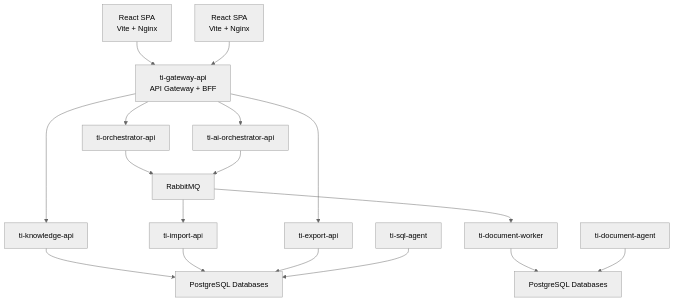
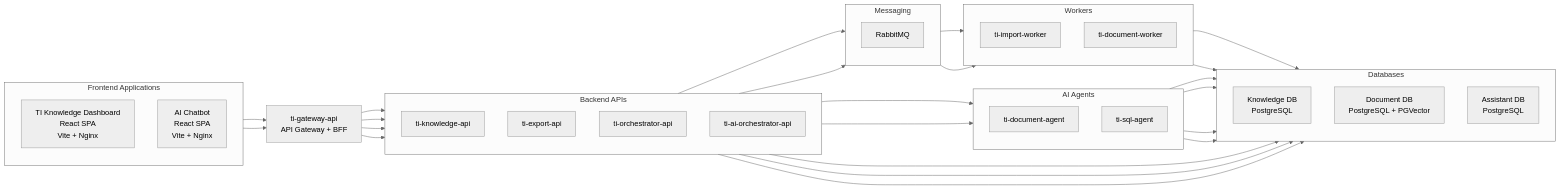
The first of 2 diagrams in README.md (MarinaPimenova/ti-gateway-api), drawn with Mermaid (neutral theme) before and after one commit. The commit also changed other lines of this file and 1 other file, not shown here.

Commit message:
TI-14: AI Configuration, dependencies alignment

`````diff
--- a/README.md
+++ b/README.md
@@ -51,53 +50,72 @@
 ```mermaid
-flowchart TD
+flowchart LR
 
-    UI["React SPA<br/>Vite + Nginx"]
+    subgraph Frontends["Frontend Applications"]
+        direction TB
+        UI["TI Knowledge Dashboard<br/>React SPA<br/>Vite + Nginx"]
+        AI_Chatbot_UI["AI Chatbot<br/>React SPA<br/>Vite + Nginx"]
+    end
 
-    AI_Chatbot_UI["React SPA<br/>Vite + Nginx"]
-    
     Gateway["ti-gateway-api<br/>API Gateway + BFF"]
 
-    Knowledge["ti-knowledge-api"]
+    subgraph APIs["Backend APIs"]
+        direction TB
+        Knowledge["ti-knowledge-api"]
+        Export["ti-export-api"]
+        Orchestrator["ti-orchestrator-api"]
+        AI_Orchestrator["ti-ai-orchestrator-api"]
+    end
 
-    Export["ti-export-api"]
-    
-    Orchestrator["ti-orchestrator-api"]
+    subgraph Messaging["Messaging"]
+        direction TB
+        Rabbit["RabbitMQ"]
+    end
 
-    Import["ti-import-api"]
+    subgraph Agents["AI Agents"]
+        direction TB
+        Document_Agent["ti-document-agent"]
+        SQL_Agent["ti-sql-agent"]
+    end
 
-    AI_Orchestrator["ti-ai-orchestrator-api"]
+    subgraph Workers["Workers"]
+        direction TB
+        Import["ti-import-worker"]
+        Document_Worker["ti-document-worker"]
+    end
 
-    Document_Worker["ti-document-worker"]
+    subgraph Databases["Databases"]
+        direction TB
+        Knowledge_DB["Knowledge DB<br/>PostgreSQL"]
+        Document_DB["Document DB<br/>PostgreSQL + PGVector"]
+        Assistant_DB["Assistant DB<br/>PostgreSQL"]
+    end
 
-    Document_Agent["ti-document-agent"]
-
-    SQL_Agent["ti-sql-agent"]  
-    
-    Rabbit["RabbitMQ"]
-
-    Knowledge_DB["PostgreSQL Databases"]
-
-    Document_DB["PostgreSQL Databases"]
-    
     UI --> Gateway
     AI_Chatbot_UI --> Gateway
-    
+
     Gateway --> Knowledge
     Gateway --> Export
     Gateway --> Orchestrator
     Gateway --> AI_Orchestrator
 
     Orchestrator --> Rabbit
     AI_Orchestrator --> Rabbit
 
     Rabbit --> Import
     Rabbit --> Document_Worker
 
+    AI_Orchestrator --> Document_Agent
+    AI_Orchestrator --> SQL_Agent
+
     Knowledge --> Knowledge_DB
+    Export --> Knowledge_DB
     Import --> Knowledge_DB
-    Export --> Knowledge_DB
+    SQL_Agent --> Knowledge_DB
 
     Document_Worker --> Document_DB
     Document_Agent --> Document_DB
-    SQL_Agent --> Knowledge_DB
-````
+
+    AI_Orchestrator --> Assistant_DB
+    Document_Agent --> Assistant_DB
+    SQL_Agent --> Assistant_DB
+```
`````
